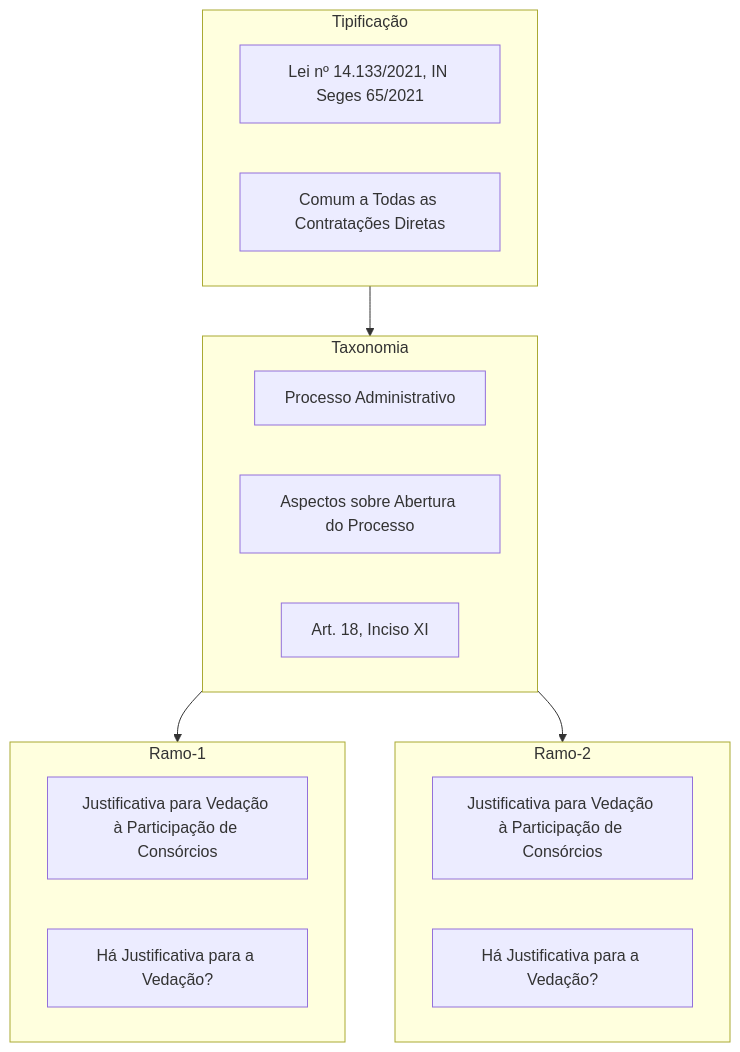
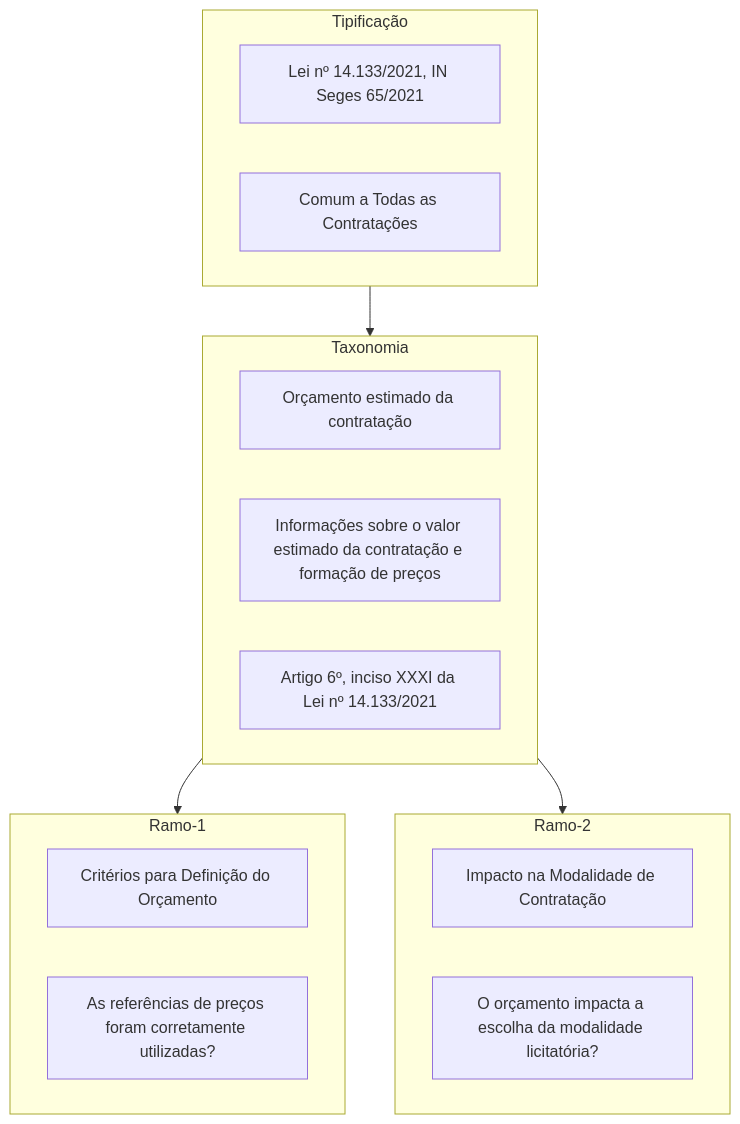
Before and after one commit to meirelesgc/iaEditais-back: the fourth of 4 diagrams in docs/resources/tree.md, drawn with Mermaid. The commit also changed other lines of this file and 2 other files, not shown here.

````diff
--- a/docs/resources/tree.md
+++ b/docs/resources/tree.md
@@ -52,27 +56,27 @@
 ```mermaid
 graph TD
     subgraph Tipificação
         A1[Lei nº 14.133/2021, IN Seges 65/2021]
-        A[Comum a Todas as Contratações Diretas]
+        A[Comum a Todas as Contratações]
     end
 
     subgraph Taxonomia
-        B[Processo Administrativo]
-        B1[Aspectos sobre Abertura do Processo]
-        B2[Art. 18, Inciso XI] 
+        B[Orçamento estimado da contratação]
+        B1[Informações sobre o valor estimado da contratação e formação de preços]
+        B2[Artigo 6º, inciso XXXI da Lei nº 14.133/2021]
     end
 
     subgraph Ramo-1
-        C[Justificativa para Vedação à Participação de Consórcios]
-        C1[Há Justificativa para a Vedação?]
+        C[Critérios para Definição do Orçamento]
+        C1[As referências de preços foram corretamente utilizadas?]
     end
 
     subgraph Ramo-2
-        D[Justificativa para Vedação à Participação de Consórcios]
-        D1[Há Justificativa para a Vedação?]
+        D[Impacto na Modalidade de Contratação]
+        D1[O orçamento impacta a escolha da modalidade licitatória?]
     end
 
-    Tipificação --> Taxonomia 
+    Tipificação --> Taxonomia
     Taxonomia --> Ramo-1
     Taxonomia --> Ramo-2
 ```  
````
